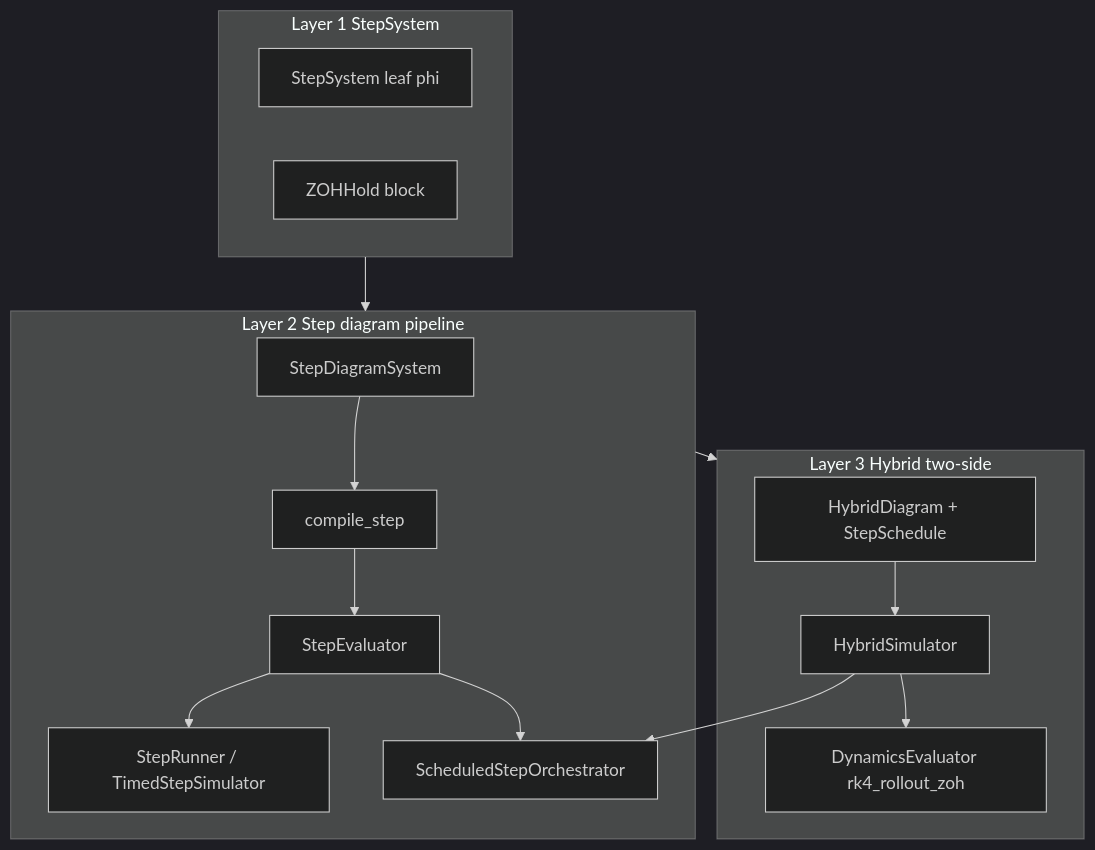
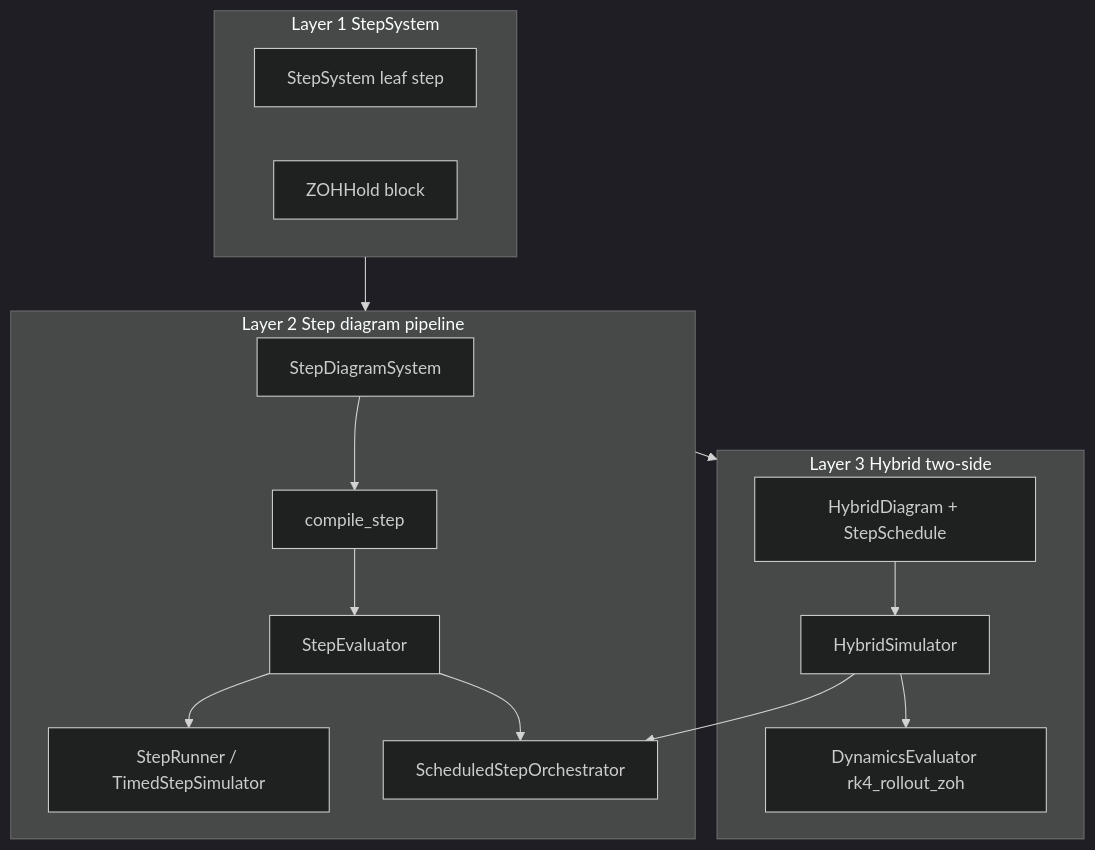
Before and after one commit to alx87grd/minilink: the fourth of 4 diagrams in docs/plans/hybrid-discrete-simulation.md, drawn with Mermaid (dark theme). The commit also changed other lines of this file and 8 other files, not shown here.

````diff
--- a/docs/plans/hybrid-discrete-simulation.md
+++ b/docs/plans/hybrid-discrete-simulation.md
@@ -500,29 +526,29 @@
 ```mermaid
 flowchart TB
     subgraph layer1 [Layer 1 StepSystem]
-        SS[StepSystem leaf phi]
+        SS[StepSystem leaf step]
         ZOH[ZOHHold block]
     end
 
     subgraph layer2 [Layer 2 Step diagram pipeline]
         SDS[StepDiagramSystem]
         SC[compile_step]
         SE[StepEvaluator]
         SR[StepRunner / TimedStepSimulator]
         SO[ScheduledStepOrchestrator]
         SDS --> SC --> SE --> SR
         SE --> SO
     end
 
     subgraph layer3 [Layer 3 Hybrid two-side]
         HD[HybridDiagram + StepSchedule]
         HS[HybridSimulator]
         CE[DynamicsEvaluator rk4_rollout_zoh]
         HD --> HS
         HS --> SO
         HS --> CE
     end
 
     layer1 --> layer2
     layer2 --> layer3
 ```
````
